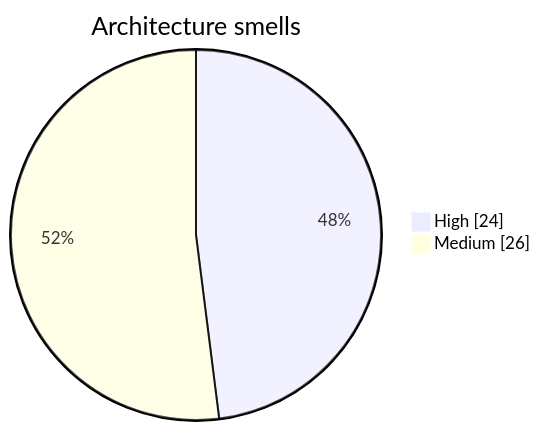
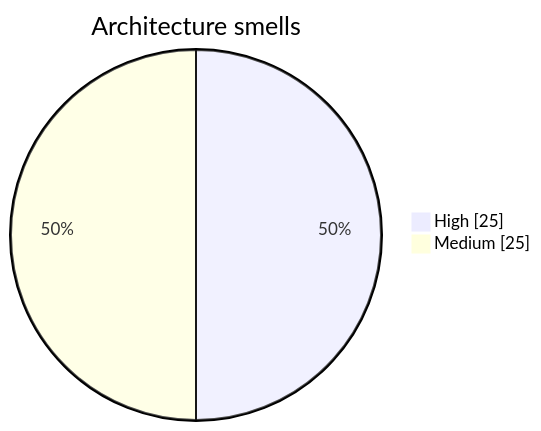
Before and after one commit to wolframs/jspace-probes: diagram 14 of 15 in .mentis/context/graphs.md, drawn with Mermaid. The commit also changed other lines of this file and 83 other files, not shown here.

````diff
--- a/.mentis/context/graphs.md
+++ b/.mentis/context/graphs.md
@@ -288,5 +288,5 @@
 ```mermaid
 pie showData title Architecture smells
-    "High" : 24
-    "Medium" : 26
+    "High" : 25
+    "Medium" : 25
 ```
````
